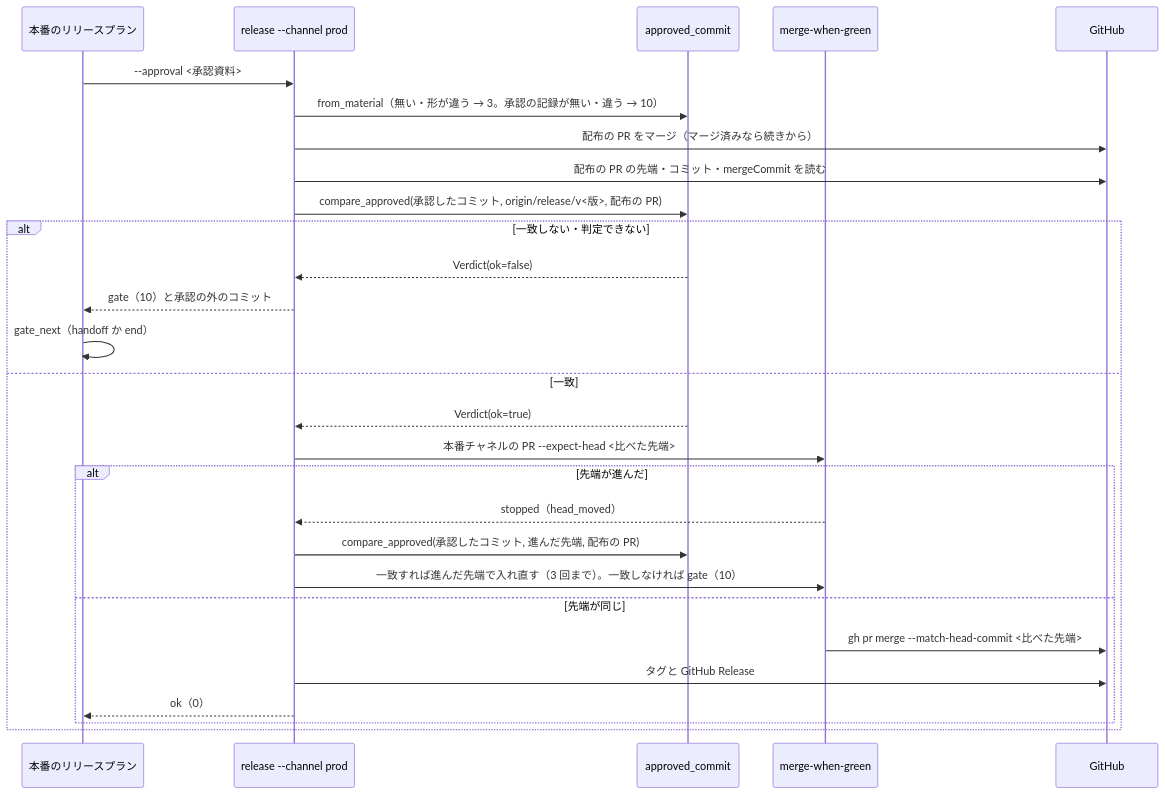
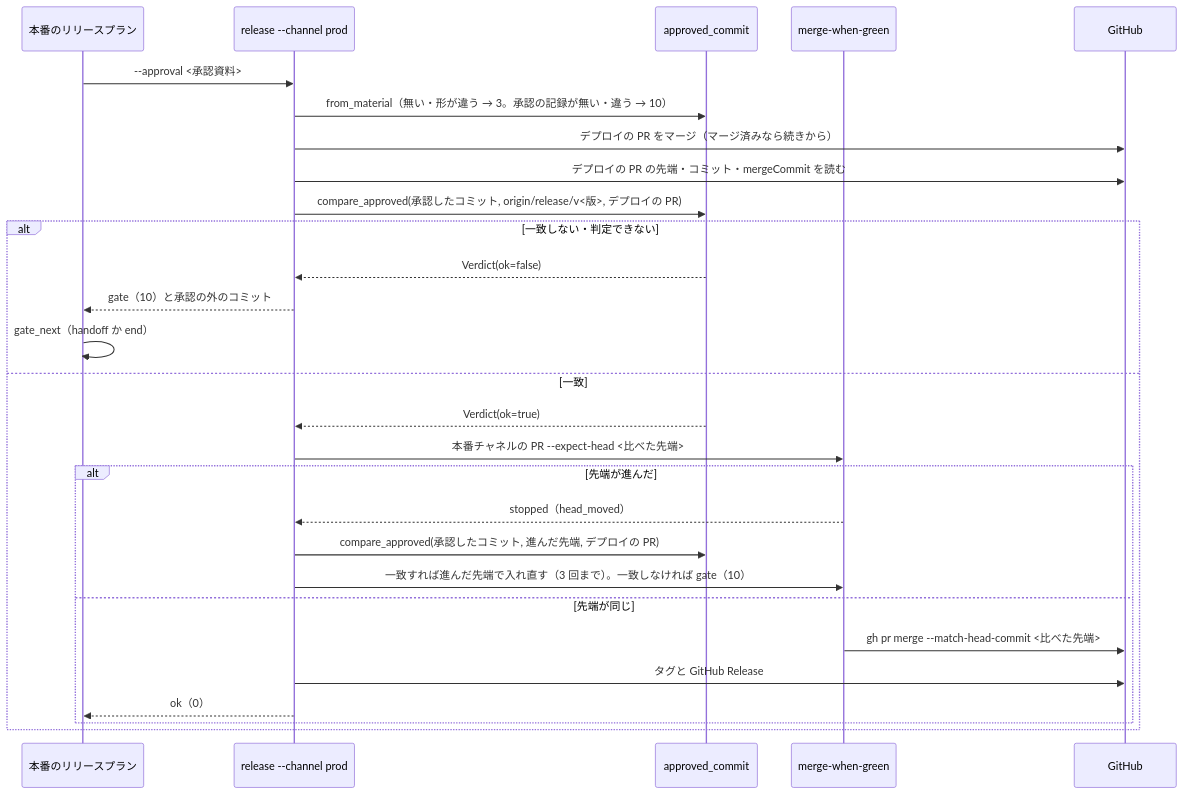
One commit to devbasex/ai-plugins changed the first of 2 diagrams in docs/specifications/ndf-release-approved-commit.md. Above: the diagram before and after it, drawn with Mermaid. The commit also changed other lines of this file and 79 other files, not shown here.

````diff
--- a/docs/specifications/ndf-release-approved-commit.md
+++ b/docs/specifications/ndf-release-approved-commit.md
@@ -134,30 +134,30 @@
 ```mermaid
 sequenceDiagram
   participant P as 本番のリリースプラン
   participant R as release --channel prod
   participant A as approved_commit
   participant M as merge-when-green
   participant G as GitHub
   P->>R: --approval <承認資料>
   R->>A: from_material（無い・形が違う → 3。承認の記録が無い・違う → 10）
-  R->>G: 配布の PR をマージ（マージ済みなら続きから）
-  R->>G: 配布の PR の先端・コミット・mergeCommit を読む
-  R->>A: compare_approved(承認したコミット, origin/release/v<版>, 配布の PR)
+  R->>G: デプロイの PR をマージ（マージ済みなら続きから）
+  R->>G: デプロイの PR の先端・コミット・mergeCommit を読む
+  R->>A: compare_approved(承認したコミット, origin/release/v<版>, デプロイの PR)
   alt 一致しない・判定できない
     A-->>R: Verdict(ok=false)
     R-->>P: gate（10）と承認の外のコミット
     P->>P: gate_next（handoff か end）
   else 一致
     A-->>R: Verdict(ok=true)
     R->>M: 本番チャネルの PR --expect-head <比べた先端>
     alt 先端が進んだ
       M-->>R: stopped（head_moved）
-      R->>A: compare_approved(承認したコミット, 進んだ先端, 配布の PR)
+      R->>A: compare_approved(承認したコミット, 進んだ先端, デプロイの PR)
       R->>M: 一致すれば進んだ先端で入れ直す（3 回まで）。一致しなければ gate（10）
     else 先端が同じ
       M->>G: gh pr merge --match-head-commit <比べた先端>
       R->>G: タグと GitHub Release
       R-->>P: ok（0）
     end
   end
 ```
````
